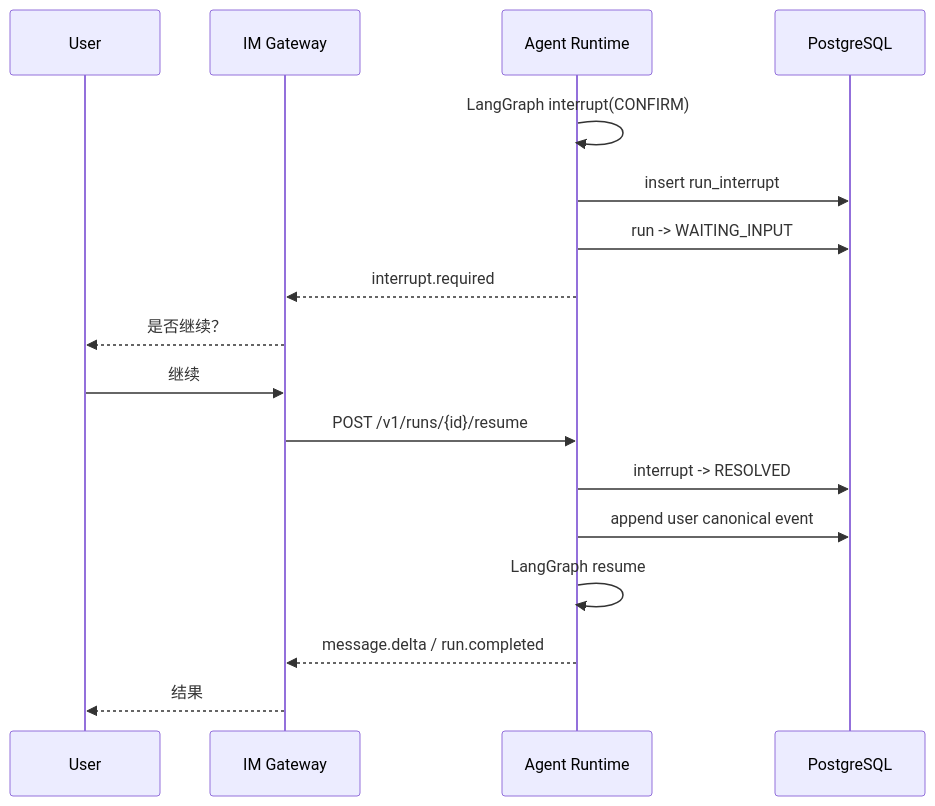
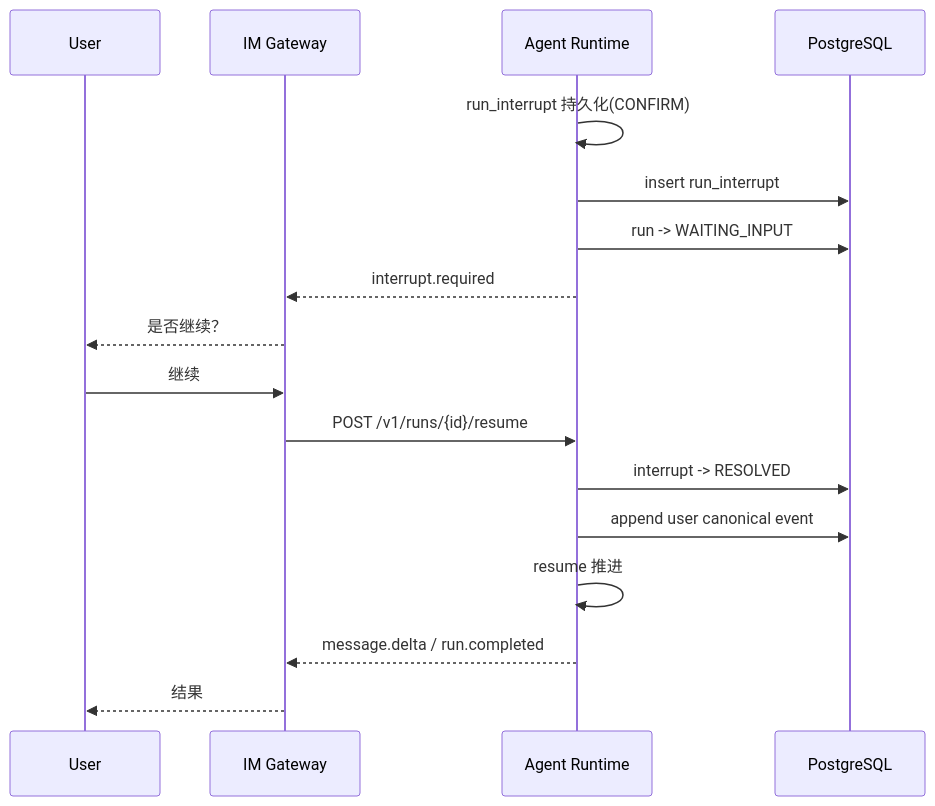
Before and after one commit to Michaelxwb/fluxion-harness: the sixth of 22 diagrams in docs/08-关键流程时序与状态机详细设计.md, drawn with Mermaid. The commit also changed 14 other files, not shown here.

````diff
--- a/docs/08-关键流程时序与状态机详细设计.md
+++ b/docs/08-关键流程时序与状态机详细设计.md
@@ -167,21 +167,21 @@
 ```mermaid
 sequenceDiagram
     participant U as User
     participant IG as IM Gateway
     participant AR as Agent Runtime
     participant PG as PostgreSQL
 
-    AR->>AR: LangGraph interrupt(CONFIRM)
+    AR->>AR: run_interrupt 持久化(CONFIRM)
     AR->>PG: insert run_interrupt
     AR->>PG: run -> WAITING_INPUT
     AR-->>IG: interrupt.required
     IG-->>U: 是否继续？
 
     U->>IG: 继续
     IG->>AR: POST /v1/runs/{id}/resume
     AR->>PG: interrupt -> RESOLVED
     AR->>PG: append user canonical event
-    AR->>AR: LangGraph resume
+    AR->>AR: resume 推进
     AR-->>IG: message.delta / run.completed
     IG-->>U: 结果
 ```
````
